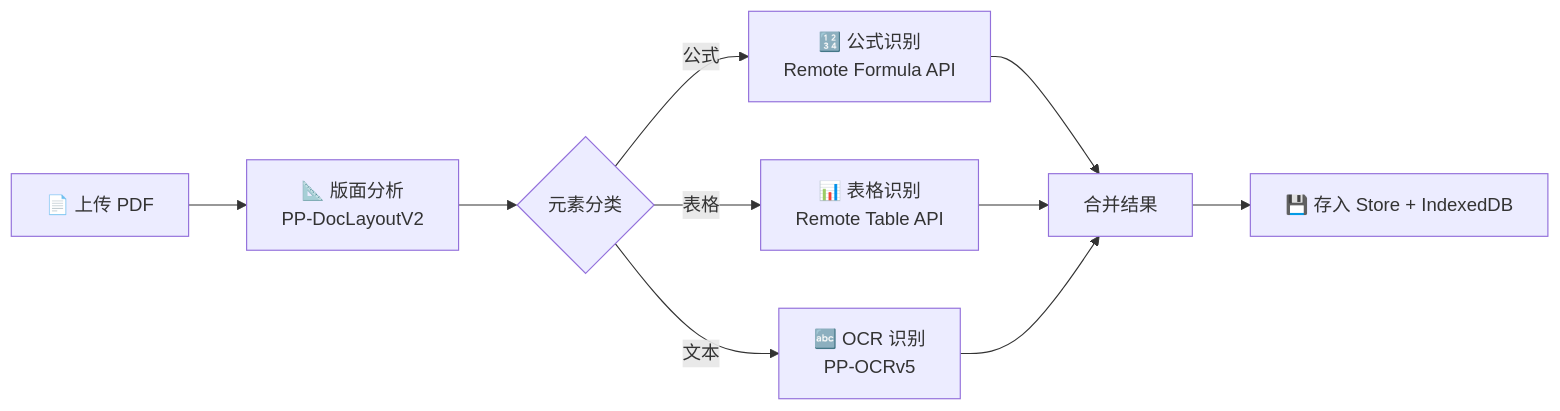
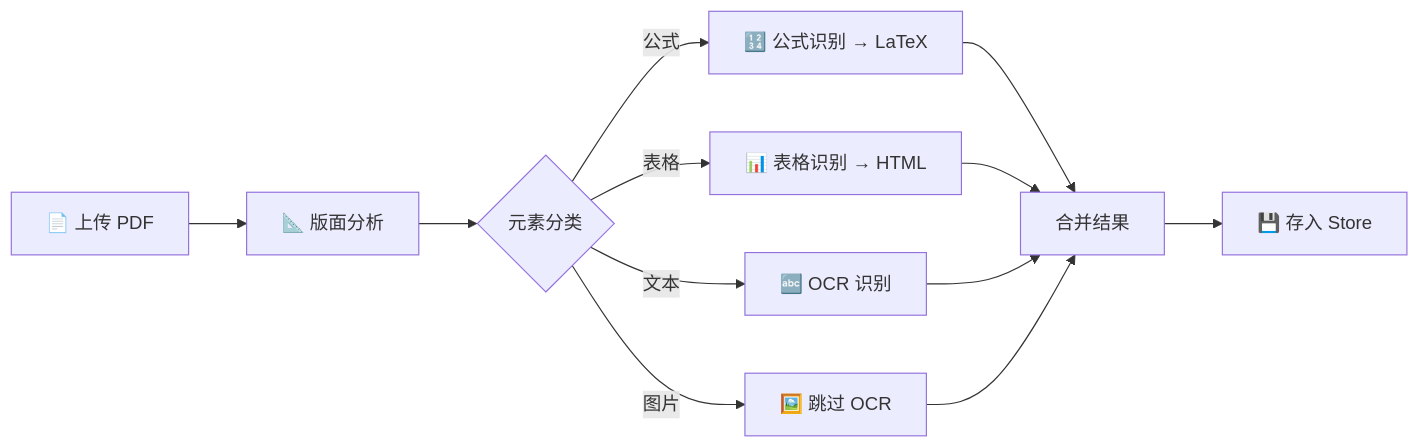
One commit to catnlp/doc_parser_data_engine changed the first of 3 diagrams in README.md. Above: the diagram before and after it, drawn with Mermaid. The commit also changed other lines of this file and 3 other files, not shown here.

Commit message:
docs: regenerate comprehensive README with full architecture, features, and UI diagram

````diff
--- a/README.md
+++ b/README.md
@@ -52,12 +70,14 @@
 ```mermaid
 flowchart LR
-    A[📄 上传 PDF] --> B[📐 版面分析<br/>PP-DocLayoutV2]
+    A[📄 上传 PDF] --> B[📐 版面分析]
     B --> C{元素分类}
-    C -->|公式| D[🔢 公式识别<br/>Remote Formula API]
-    C -->|表格| E[📊 表格识别<br/>Remote Table API]
-    C -->|文本| F[🔤 OCR 识别<br/>PP-OCRv5]
-    D --> G[合并结果]
-    E --> G
-    F --> G
-    G --> H[💾 存入 Store + IndexedDB]
+    C -->|公式| D[🔢 公式识别 → LaTeX]
+    C -->|表格| E[📊 表格识别 → HTML]
+    C -->|文本| F[🔤 OCR 识别]
+    C -->|图片| G[🖼️ 跳过 OCR]
+    D --> H[合并结果]
+    E --> H
+    F --> H
+    G --> H
+    H --> I[💾 存入 Store]
 ```
````
